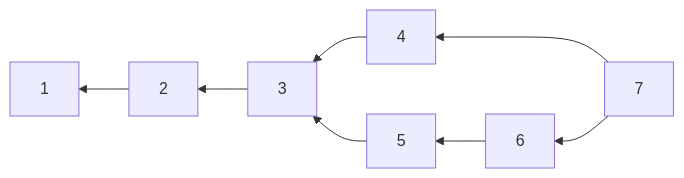
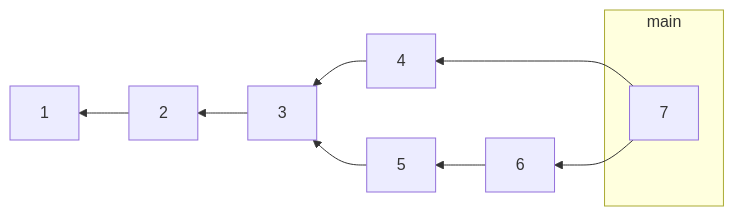
Before and after one commit to ualjjcanada/ejemplosMermade: the sixth of 6 diagrams in README.md, drawn with Mermaid.

````diff
--- a/README.md
+++ b/README.md
@@ -67,11 +67,14 @@
 ```mermaid
     flowchart RL;
     2-->1;
     3-->2;
     4-->3;
     5-->3;
     6-->5;
     7-->6;
     7-->4;
+    subgraph main
+    7
+    end;
     
 ```
````
